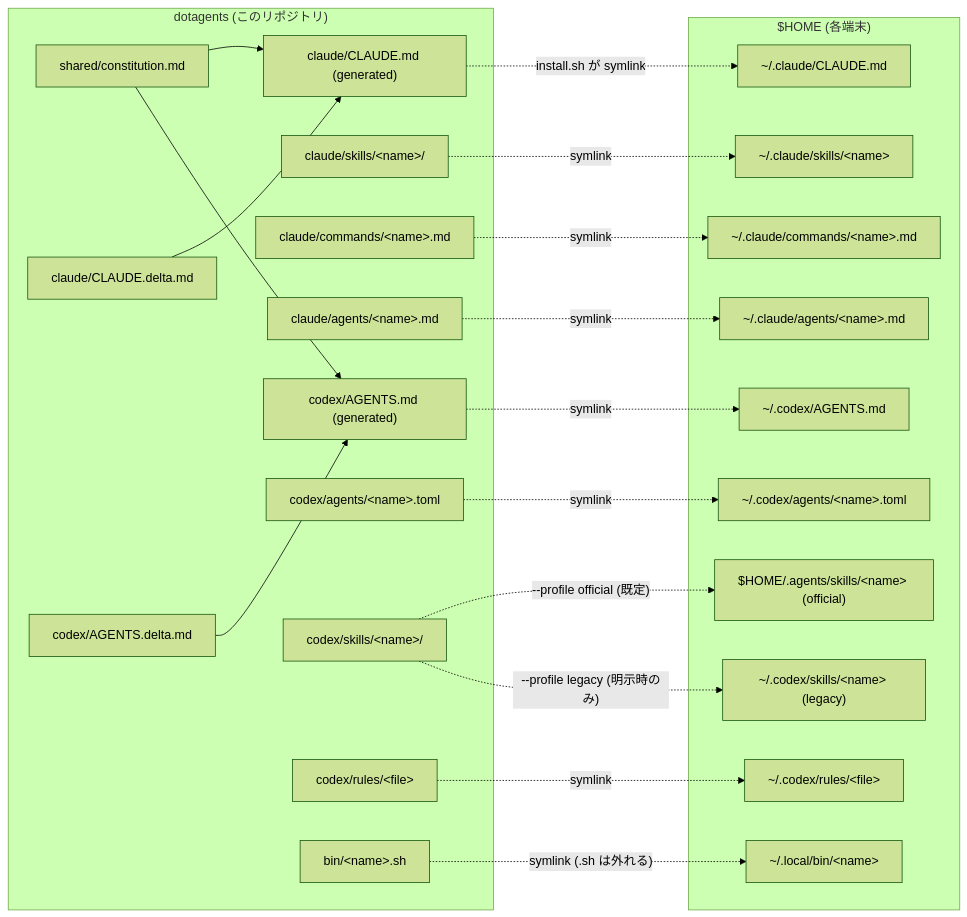
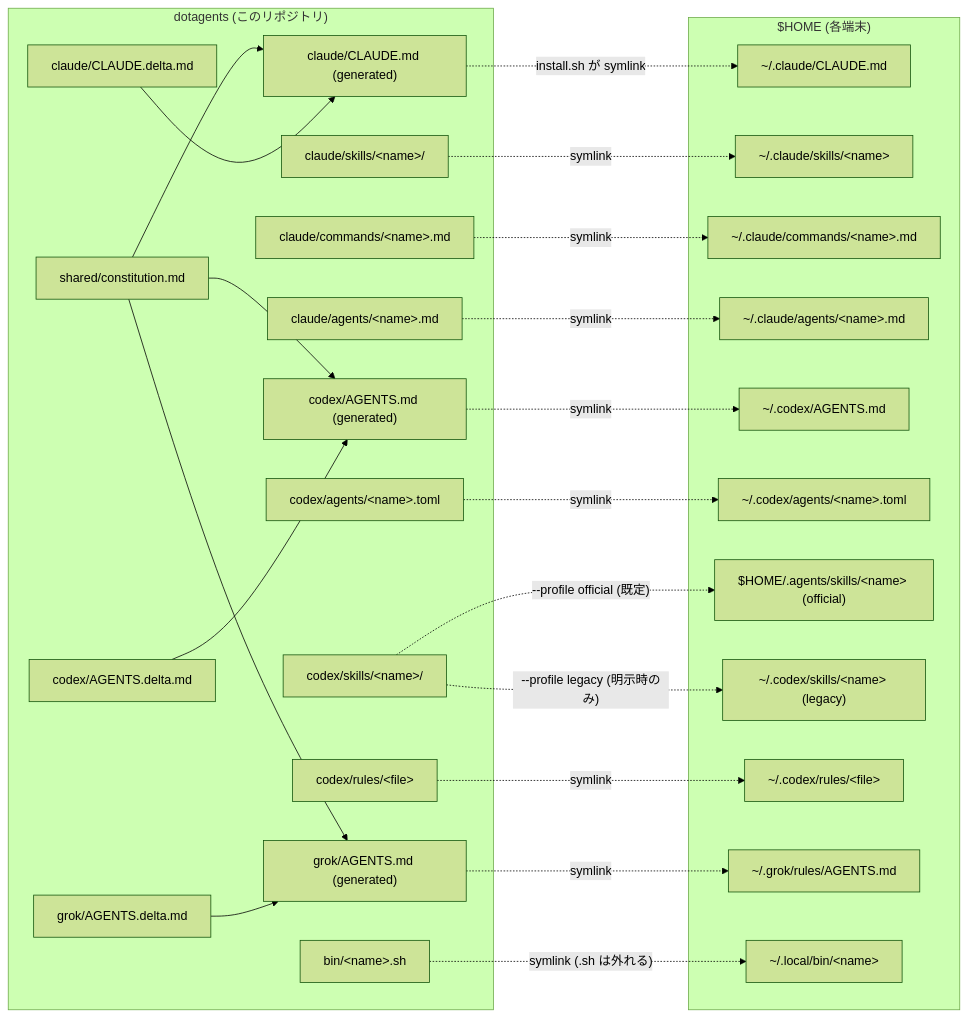
Before and after one commit to kitepon-rgb/dotagents: the diagram in README.md, drawn with Mermaid (forest theme). The commit also changed other lines of this file and 18 other files, not shown here.

````diff
--- a/README.md
+++ b/README.md
@@ -35,43 +38,49 @@
 ```mermaid
 flowchart LR
   subgraph repo["dotagents (このリポジトリ)"]
     common["shared/constitution.md"]
     cdelta["claude/CLAUDE.delta.md"]
     xdelta["codex/AGENTS.delta.md"]
+    gdelta["grok/AGENTS.delta.md"]
     gcm["claude/CLAUDE.md (generated)"]
     cs["claude/skills/&lt;name&gt;/"]
     cc["claude/commands/&lt;name&gt;.md"]
     ca["claude/agents/&lt;name&gt;.md"]
     xam["codex/AGENTS.md (generated)"]
     xca["codex/agents/&lt;name&gt;.toml"]
     xs["codex/skills/&lt;name&gt;/"]
     xr["codex/rules/&lt;file&gt;"]
+    gam["grok/AGENTS.md (generated)"]
     bin["bin/&lt;name&gt;.sh"]
   end
   subgraph home["$HOME (各端末)"]
     hgcm["~/.claude/CLAUDE.md"]
     hcs["~/.claude/skills/&lt;name&gt;"]
     hcc["~/.claude/commands/&lt;name&gt;.md"]
     hca["~/.claude/agents/&lt;name&gt;.md"]
     hxam["~/.codex/AGENTS.md"]
     hxca["~/.codex/agents/&lt;name&gt;.toml"]
     hxs["$HOME/.agents/skills/&lt;name&gt; (official)"]
     hxsl["~/.codex/skills/&lt;name&gt; (legacy)"]
     hxr["~/.codex/rules/&lt;file&gt;"]
+    hgam["~/.grok/rules/AGENTS.md"]
     hbin["~/.local/bin/&lt;name&gt;"]
   end
   common --> gcm
   cdelta --> gcm
   common --> xam
   xdelta --> xam
+  common --> gam
+  gdelta --> gam
   gcm -. "install.sh が symlink" .-> hgcm
   cs -. symlink .-> hcs
   cc -. symlink .-> hcc
   ca -. symlink .-> hca
   xam -. symlink .-> hxam
   xca -. symlink .-> hxca
   xs -. "--profile official (既定)" .-> hxs
   xs -. "--profile legacy (明示時のみ)" .-> hxsl
   xr -. symlink .-> hxr
+  gam -. symlink .-> hgam
   bin -. "symlink (.sh は外れる)" .-> hbin
 ```
````
